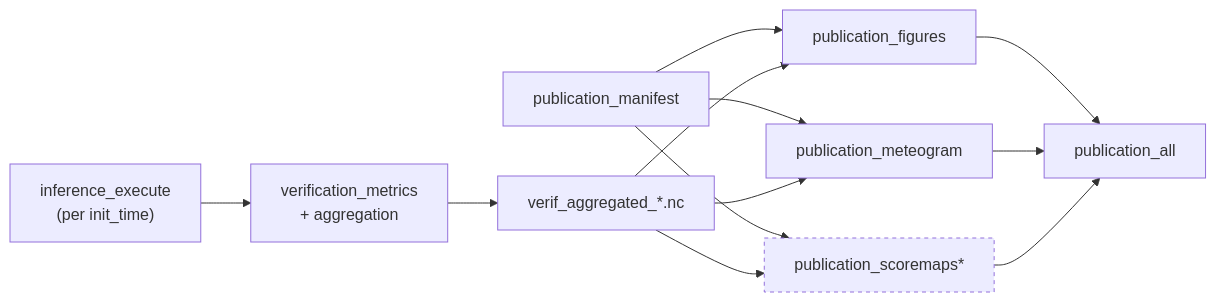
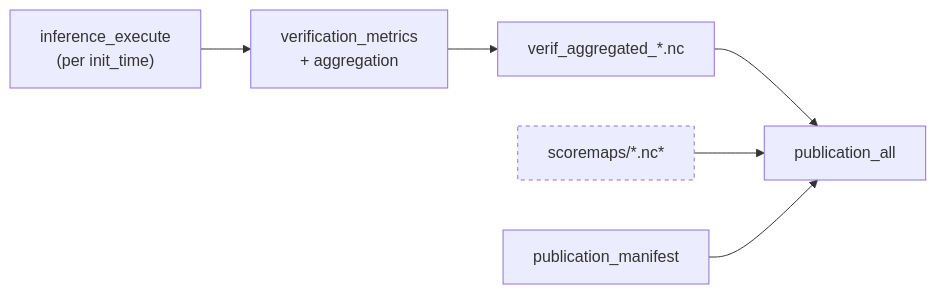
Before and after one commit to MeteoSwiss/evalml: the second of 2 diagrams in docs/publication_figures.md, drawn with Mermaid. The commit also changed other lines of this file, not shown here.

Commit message:
Docs: describe manifest -> notebook publication flow

````diff
--- a/docs/publication_figures.md
+++ b/docs/publication_figures.md
@@ -243,12 +237,10 @@
 ```mermaid
 flowchart LR
     A["inference_execute<br/>(per init_time)"] --> B["verification_metrics<br/>+ aggregation"]
     B --> C["verif_aggregated_*.nc"]
-    M["publication_manifest"] --> F1 & F2 & F3
-    C --> F1["publication_figures"]
-    C --> F2["publication_meteogram"]
-    C --> F3["publication_scoremaps*"]
-    F1 & F2 & F3 --> ALL["publication_all"]
+    C --> ALL
+    SC["scoremaps/*.nc*"] --> ALL
+    M["publication_manifest"] --> ALL["publication_all"]
     classDef opt stroke-dasharray: 4 4
-    class F3 opt
+    class SC opt
 ```
````
